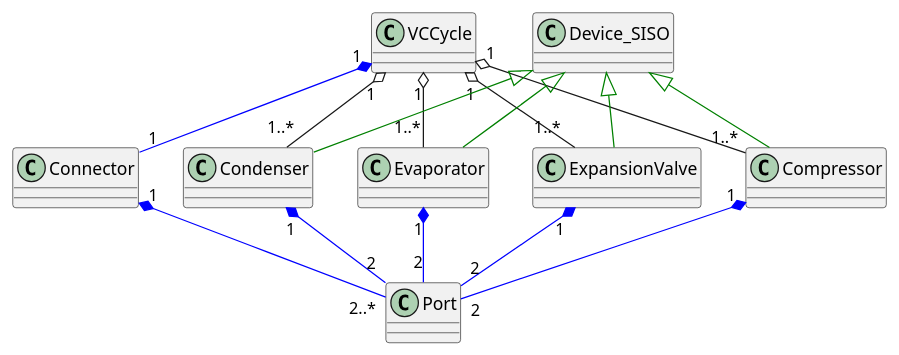
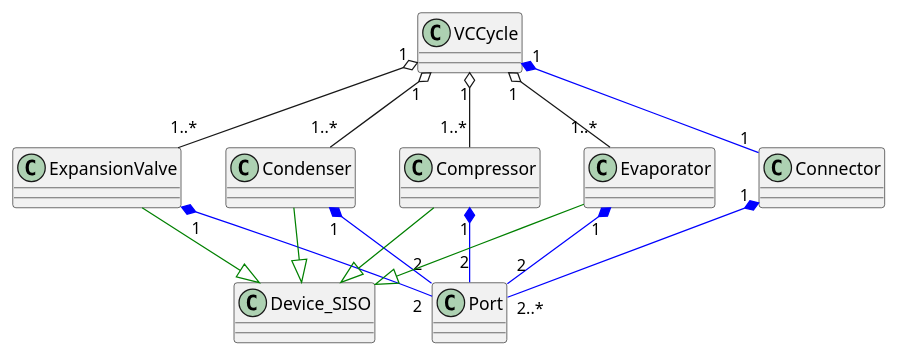
Before and after one commit to thermalogic/SimVCCE: the diagram in doc/uml/puml/vccycle_relations_all.puml, drawn with PlantUML. The commit also changed 6 other files, not shown here.

Commit message:
update diagrams

```diff
--- a/doc/uml/puml/vccycle_relations_all.puml
+++ b/doc/uml/puml/vccycle_relations_all.puml
@@ -1,18 +1,18 @@
 @startuml
 VCCycle "1" *-[#blue]- "1" Connector 
 VCCycle "1" o-- "1..*" Compressor 
 VCCycle "1" o-- "1..*" Condenser
+VCCycle "1" o-- "1..*" ExpansionValve
 VCCycle "1" o-- "1..*" Evaporator
-VCCycle "1" o-- "1..*" ExpansionValve
 
 Connector "1" *-[#blue]- "2..*" Port
 Compressor "1" *-[#blue]- "2" Port
+Condenser "1" *-[#blue]- "2" Port
 ExpansionValve "1" *-[#blue]- "2" Port
 Evaporator "1" *-[#blue]- "2" Port
-Condenser "1" *-[#blue]- "2" Port
 
-Device_SISO  <|-[#green]- Compressor  
-Device_SISO  <|-[#green]- Condenser
-Device_SISO  <|-[#green]-  Evaporator
-Device_SISO  <|-[#green]-   ExpansionValve
+Device_SISO  <|-up[#green]- Compressor  
+Device_SISO  <|-up[#green]- Condenser
+Device_SISO  <|-up[#green]- ExpansionValve
+Device_SISO  <|-up[#green]- Evaporator
 @enduml
```
